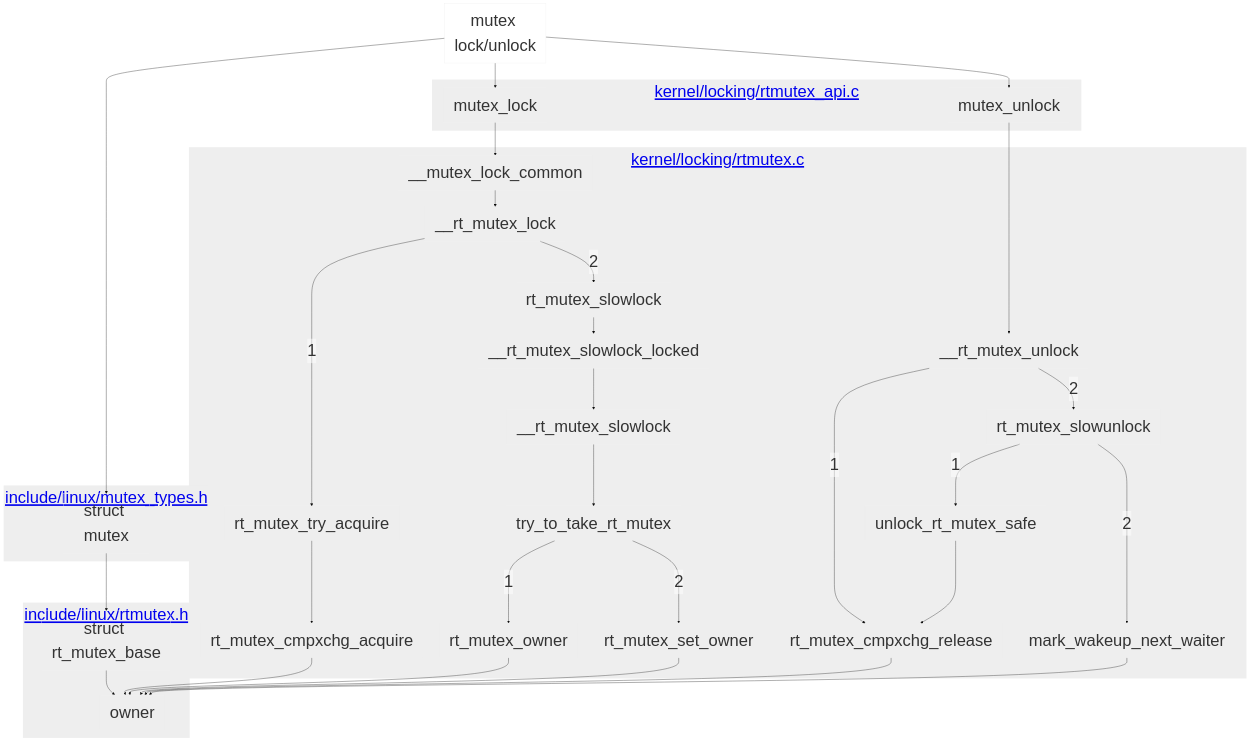
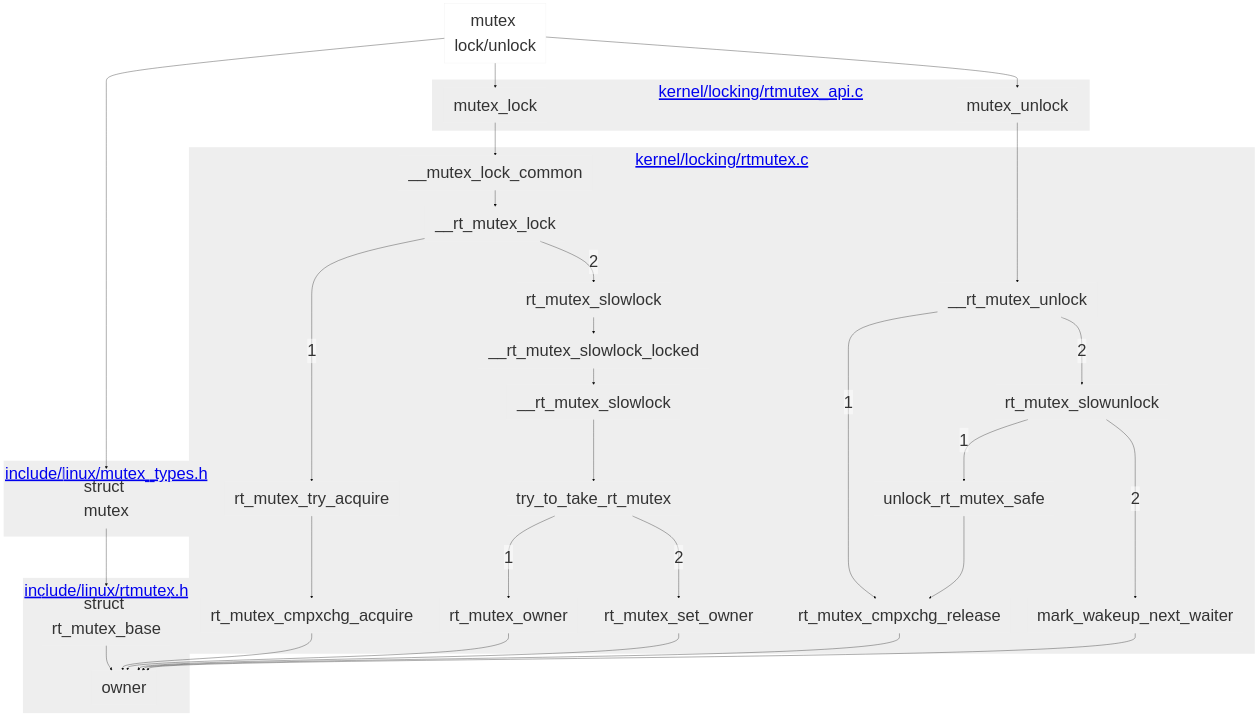
Before and after one commit to makelinux/linux_kernel_map: the first of 2 diagrams in rt-locks.md, drawn with Mermaid. The commit also changed other lines of this file, not shown here.

````diff
--- a/rt-locks.md
+++ b/rt-locks.md
@@ -6,51 +6,51 @@
 ```mermaid
 %%{
 	init: {
 		'theme': 'base',
 		'themeVariables': {
 			'primaryColor': '#eeee',
         		'primaryColor': '#fff0',
         		'primaryBorderColor': '#eeef',
 			'clusterBkg': '#eeef',
 			'fontSize':'50px'
 		}
 	}
 }%%
 graph TB
 
 mutex0["mutex lock/unlock"]
 mutex0 --> mutex & mutex_lock & mutex_unlock
 
 subgraph "<a href=https://elixir.bootlin.com/linux/latest/source/include/linux/rtmutex.h>include/linux/rtmutex.h</a>"
 rt_mutex_base["struct rt_mutex_base"] --> owner
 end
 subgraph "<a href=https://elixir.bootlin.com/linux/v6.14.5/source/include/linux/mutex_types.h>include/linux/mutex_types.h</a>"
 mutex["struct mutex"] --> rt_mutex_base
 end
 
 subgraph "<a href='https://elixir.bootlin.com/linux/latest/source/kernel/locking/rtmutex_api.c'>kernel/locking/rtmutex_api.c</a>"
 mutex_lock
 mutex_unlock
 end
 
 subgraph "<a href='https://elixir.bootlin.com/linux/latest/source/kernel/locking/rtmutex.c'>kernel/locking/rtmutex.c</a>"
 mutex_lock --> __mutex_lock_common
 mutex_unlock --> __rt_mutex_unlock
 
 __mutex_lock_common --> __rt_mutex_lock
 __rt_mutex_lock -->|1| rt_mutex_try_acquire --> rt_mutex_cmpxchg_acquire --> owner
 __rt_mutex_lock -->|2| rt_mutex_slowlock
 --> __rt_mutex_slowlock_locked --> __rt_mutex_slowlock --> try_to_take_rt_mutex
 try_to_take_rt_mutex -->|1| rt_mutex_owner --> owner
 try_to_take_rt_mutex -->|2| rt_mutex_set_owner --> owner
 
 __rt_mutex_unlock -->|1| rt_mutex_cmpxchg_release --> owner
-__rt_mutex_unlock -->|2| rt_mutex_slowunlock
+__rt_mutex_unlock --->|2| rt_mutex_slowunlock
 
 rt_mutex_slowunlock -->|1| unlock_rt_mutex_safe --> rt_mutex_cmpxchg_release
 rt_mutex_slowunlock -->|2| mark_wakeup_next_waiter --> owner
 
 end
 owner
 
 ```
````
